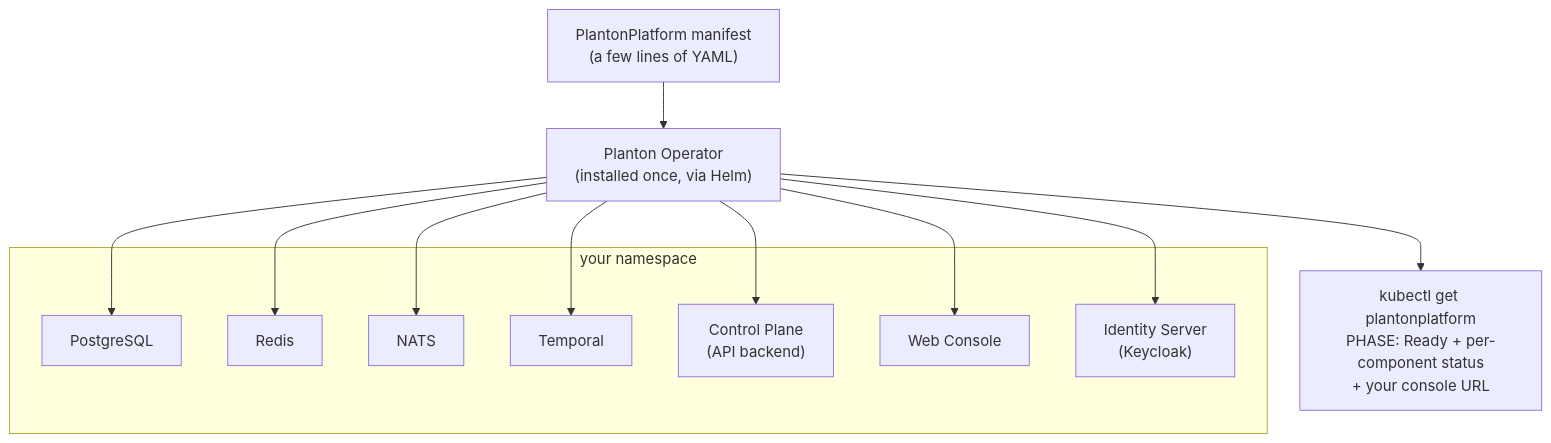
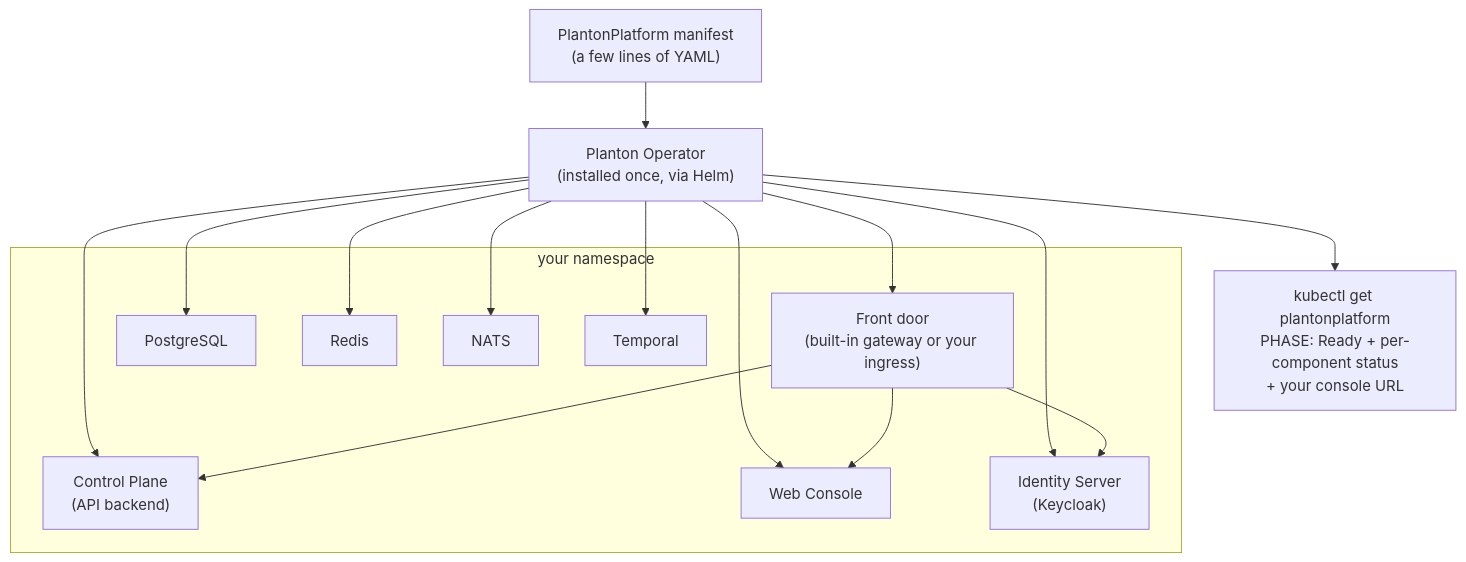
The diagram in site/public/docs/self-hosting/index.md (plantonhq/openmcf), drawn with Mermaid before and after one commit. The commit also changed other lines of this file, not shown here.

First line of the commit message:
feat(helm,docs): operator chart 0.4.0 -- zero-config sign-in through the front-door gateway

````diff
--- a/site/public/docs/self-hosting/index.md
+++ b/site/public/docs/self-hosting/index.md
@@ -18,25 +20,30 @@
 ```mermaid
 flowchart TD
     manifest["PlantonPlatform manifest\n(a few lines of YAML)"]
     operator["Planton Operator\n(installed once, via Helm)"]
     subgraph platformNs [your namespace]
+        door["Front door\n(built-in gateway or your ingress)"]
         pg["PostgreSQL"]
         redis["Redis"]
         nats["NATS"]
         temporal["Temporal"]
         cp["Control Plane\n(API backend)"]
         console["Web Console"]
         idp["Identity Server\n(Keycloak)"]
     end
     statusNode["kubectl get plantonplatform\nPHASE: Ready + per-component status\n+ your console URL"]
 
     manifest --> operator
+    operator --> door
     operator --> pg
     operator --> redis
     operator --> nats
     operator --> temporal
     operator --> cp
     operator --> console
     operator --> idp
     operator --> statusNode
+    door --> console
+    door --> cp
+    door --> idp
 ```
````
